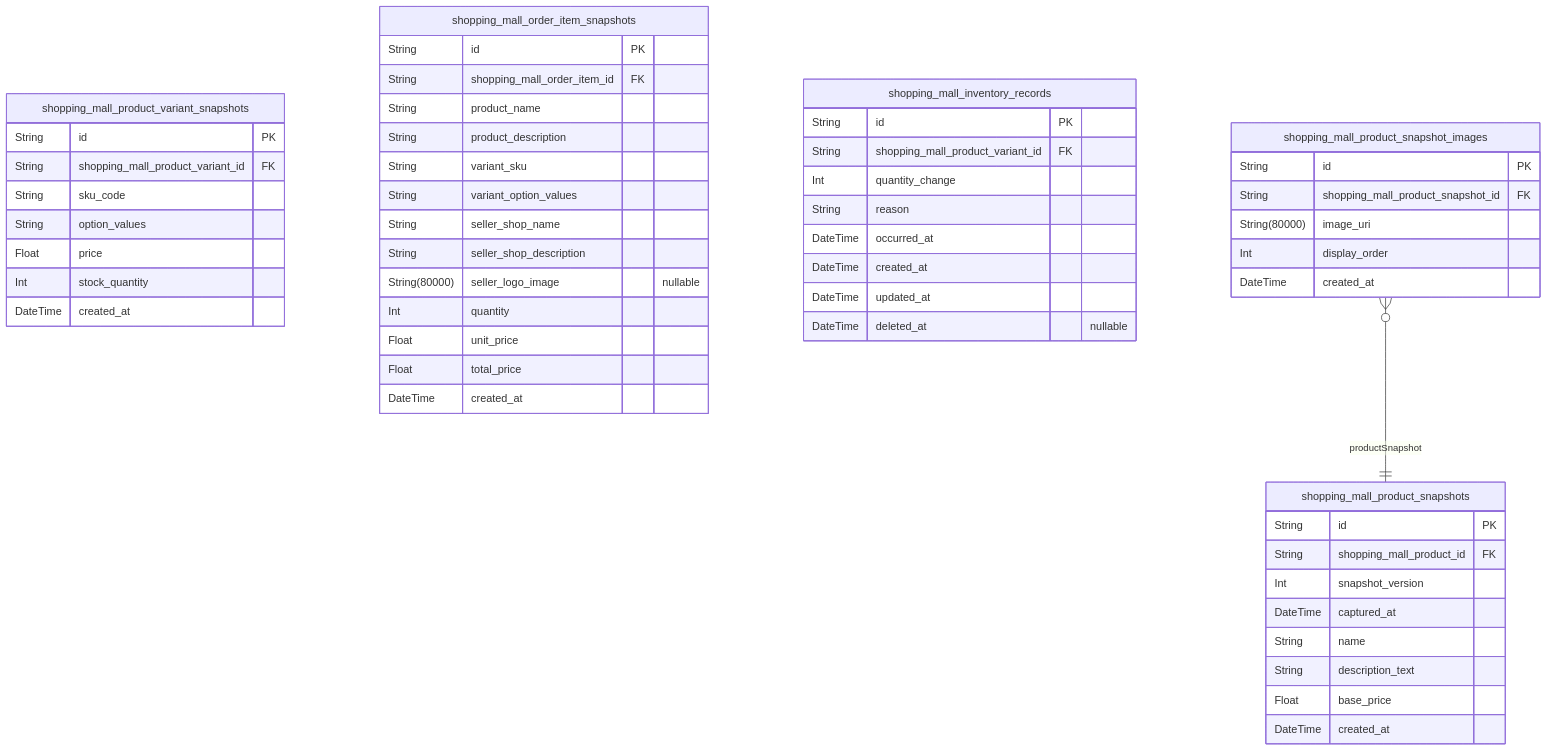
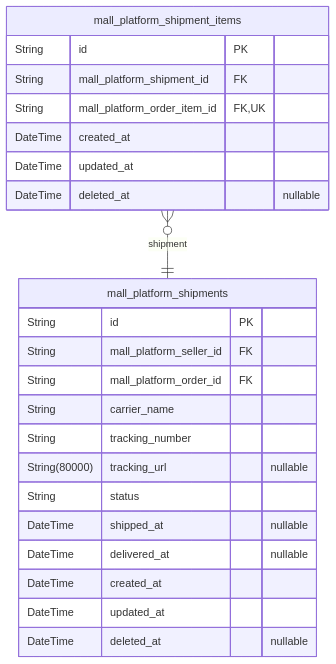
The tenth of 17 diagrams in openai/gpt-5.4-mini/shopping/docs/ERD.md (wrtnlabs/autobe-examples), drawn with Mermaid before and after one commit. The commit also changed other lines of this file and 9017 other files, not shown here.

````diff
--- a/openai/gpt-5.4-mini/shopping/docs/ERD.md
+++ b/openai/gpt-5.4-mini/shopping/docs/ERD.md
@@ -1223,55 +982,26 @@
 ```mermaid
 erDiagram
-"shopping_mall_product_snapshots" {
+"mall_platform_shipments" {
   String id PK
-  String shopping_mall_product_id FK
-  Int snapshot_version
-  DateTime captured_at
-  String name
-  String description_text
-  Float base_price
-  DateTime created_at
-}
-"shopping_mall_product_variant_snapshots" {
-  String id PK
-  String shopping_mall_product_variant_id FK
-  String sku_code
-  String option_values
-  Float price
-  Int stock_quantity
-  DateTime created_at
-}
-"shopping_mall_order_item_snapshots" {
-  String id PK
-  String shopping_mall_order_item_id FK
-  String product_name
-  String product_description
-  String variant_sku
-  String variant_option_values
-  String seller_shop_name
-  String seller_shop_description
-  String(80000) seller_logo_image "nullable"
-  Int quantity
-  Float unit_price
-  Float total_price
-  DateTime created_at
-}
-"shopping_mall_inventory_records" {
-  String id PK
-  String shopping_mall_product_variant_id FK
-  Int quantity_change
-  String reason
-  DateTime occurred_at
+  String mall_platform_seller_id FK
+  String mall_platform_order_id FK
+  String carrier_name
+  String tracking_number
+  String(80000) tracking_url "nullable"
+  String status
+  DateTime shipped_at "nullable"
+  DateTime delivered_at "nullable"
   DateTime created_at
   DateTime updated_at
   DateTime deleted_at "nullable"
 }
-"shopping_mall_product_snapshot_images" {
+"mall_platform_shipment_items" {
   String id PK
-  String shopping_mall_product_snapshot_id FK
-  String(80000) image_uri
-  Int display_order
+  String mall_platform_shipment_id FK
+  String mall_platform_order_item_id FK,UK
   DateTime created_at
+  DateTime updated_at
+  DateTime deleted_at "nullable"
 }
-"shopping_mall_product_snapshot_images" }o--|| "shopping_mall_product_snapshots" : productSnapshot
+"mall_platform_shipment_items" }o--|| "mall_platform_shipments" : shipment
 ```
````
